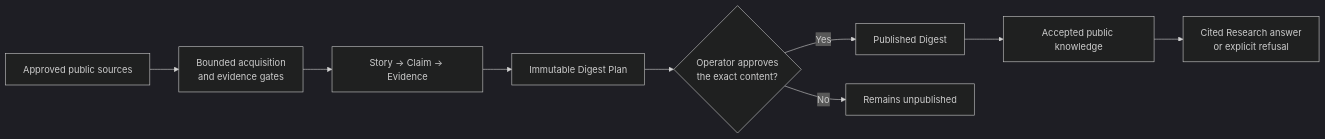
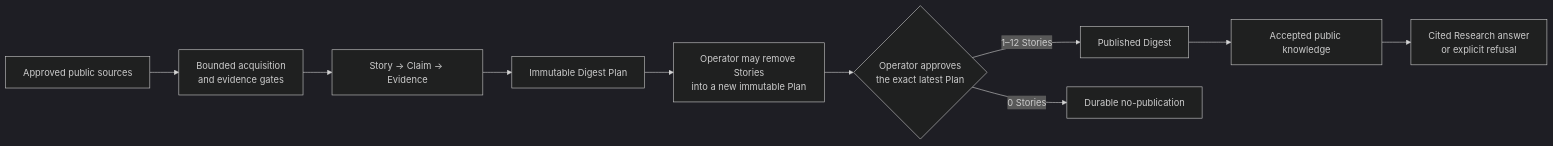
One commit to Ev3rGan/ai-ledger changed the diagram in README.md. Above: the diagram before and after it, drawn with Mermaid (dark theme). The commit also changed other lines of this file and 19 other files, not shown here.

````diff
--- a/README.md
+++ b/README.md
@@ -88,11 +89,12 @@
 ```mermaid
 flowchart LR
     A["Approved public sources"] --> B["Bounded acquisition<br/>and evidence gates"]
     B --> C["Story → Claim → Evidence"]
     C --> D["Immutable Digest Plan"]
-    D --> E{"Operator approves<br/>the exact content?"}
-    E -- "Yes" --> F["Published Digest"]
-    E -- "No" --> G["Remains unpublished"]
-    F --> H["Accepted public knowledge"]
-    H --> I["Cited Research answer<br/>or explicit refusal"]
+    D --> E["Operator may remove Stories<br/>into a new immutable Plan"]
+    E --> F{"Operator approves<br/>the exact latest Plan"}
+    F -- "1–12 Stories" --> G["Published Digest"]
+    F -- "0 Stories" --> H["Durable no-publication"]
+    G --> I["Accepted public knowledge"]
+    I --> J["Cited Research answer<br/>or explicit refusal"]
 ```
````
